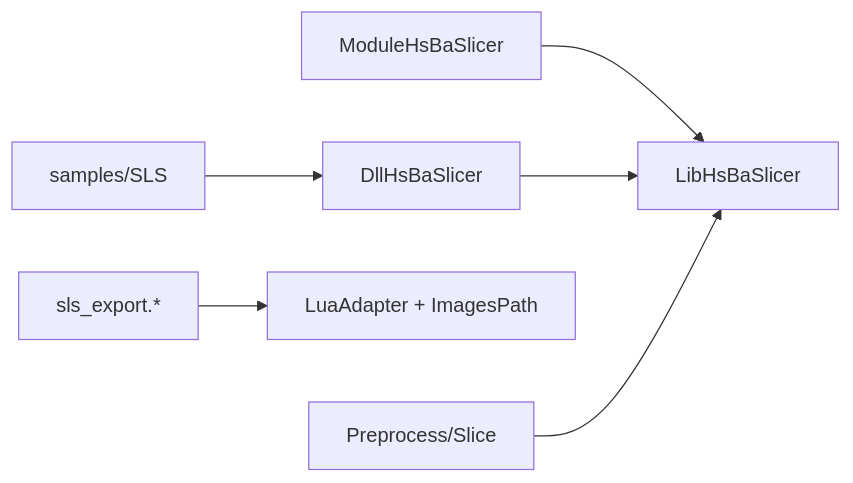
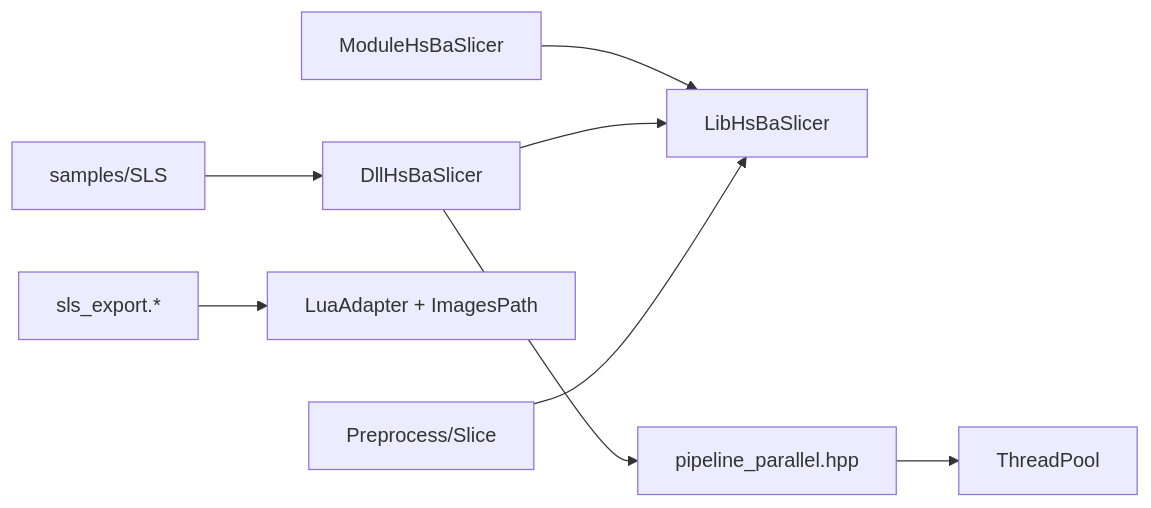
One commit to hsmbanlance/HsBaSlicer changed the tenth of 10 diagrams in .qoder/repowiki/en/content/Core Architecture/SLS Pipeline System.md. Above: the diagram before and after it, drawn with Mermaid. The commit also changed other lines of this file and 20 other files, not shown here.

````diff
--- a/.qoder/repowiki/en/content/Core Architecture/SLS Pipeline System.md
+++ b/.qoder/repowiki/en/content/Core Architecture/SLS Pipeline System.md
@@ -360,8 +584,10 @@
 ```mermaid
 graph LR
 MOD["ModuleHsBaSlicer"] --> LIB["LibHsBaSlicer"]
 DLL["DllHsBaSlicer"] --> LIB
+DLL --> PARALLEL["pipeline_parallel.hpp"]
 SAMPLES["samples/SLS"] --> DLL
 EXPORT["sls_export.*"] --> LUA["LuaAdapter + ImagesPath"]
 CORE["Preprocess/Slice"] --> LIB
+PARALLEL --> THREADPOOL["ThreadPool"]
 ```
````
